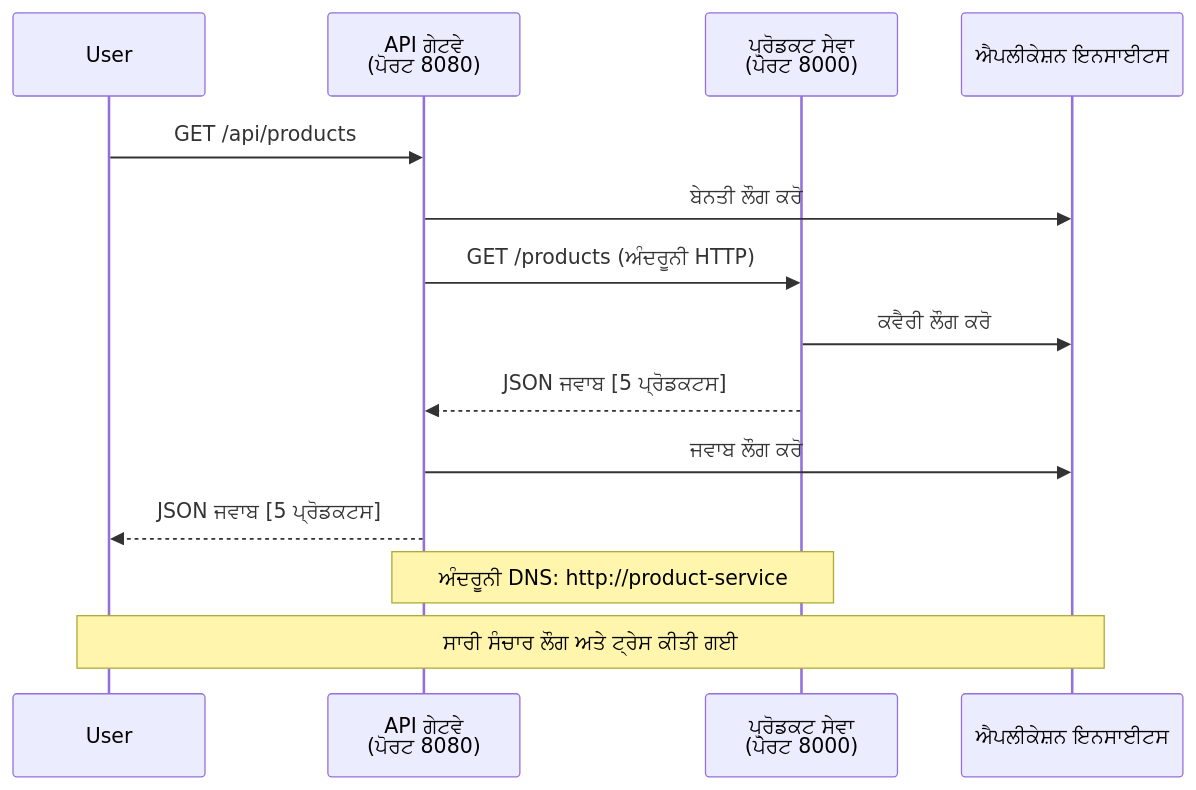
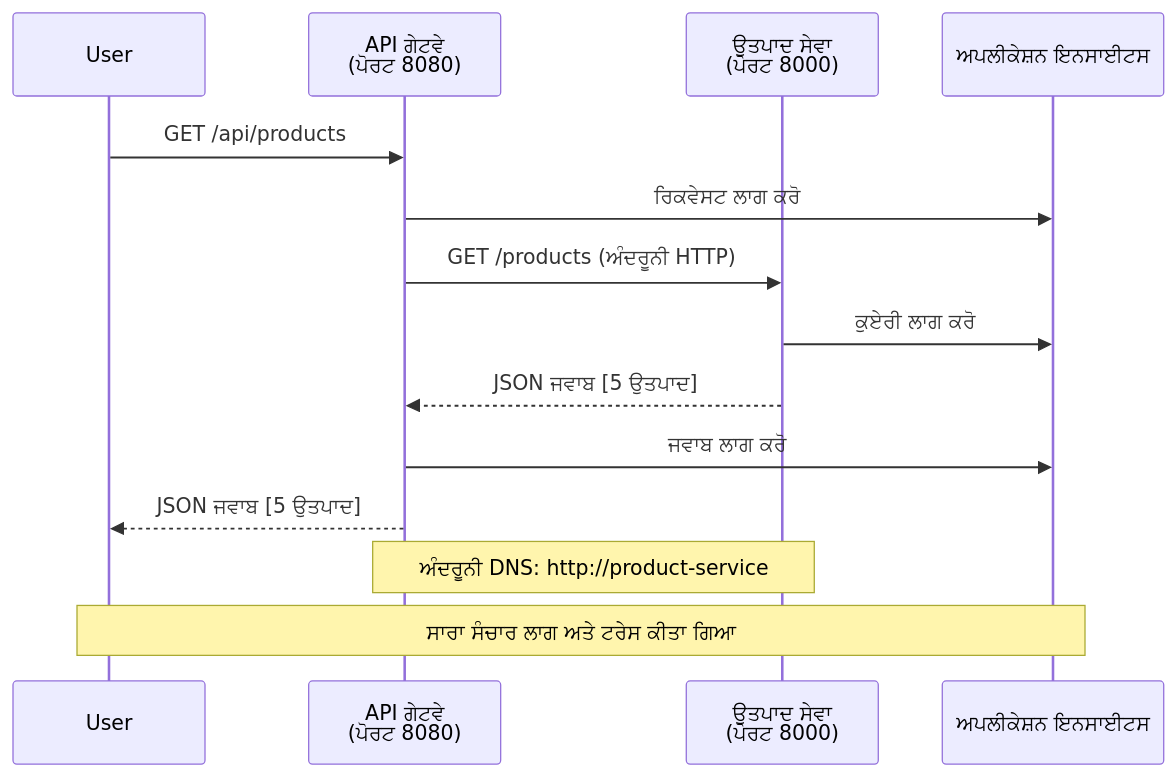
The fourth of 4 diagrams in translations/pa/examples/microservices/README.md (microsoft/AZD-for-beginners), drawn with Mermaid before and after one commit. The commit also changed other lines of this file and 354 other files, not shown here.

````diff
--- a/translations/pa/examples/microservices/README.md
+++ b/translations/pa/examples/microservices/README.md
@@ -431,18 +423,18 @@
 ```mermaid
 sequenceDiagram
     participant User
     participant Gateway as API ਗੇਟਵੇ<br/>(ਪੋਰਟ 8080)
-    participant Product as ਪ੍ਰੋਡਕਟ ਸੇਵਾ<br/>(ਪੋਰਟ 8000)
-    participant AI as ਐਪਲੀਕੇਸ਼ਨ ਇਨਸਾਈਟਸ
+    participant Product as ਉਤਪਾਦ ਸੇਵਾ<br/>(ਪੋਰਟ 8000)
+    participant AI as ਅਪਲੀਕੇਸ਼ਨ ਇਨਸਾਈਟਸ
     
     User->>Gateway: GET /api/products
-    Gateway->>AI: ਬੇਨਤੀ ਲੌਗ ਕਰੋ
+    Gateway->>AI: ਰਿਕਵੇਸਟ ਲਾਗ ਕਰੋ
     Gateway->>Product: GET /products (ਅੰਦਰੂਨੀ HTTP)
-    Product->>AI: ਕਵੈਰੀ ਲੌਗ ਕਰੋ
-    Product-->>Gateway: JSON ਜਵਾਬ [5 ਪ੍ਰੋਡਕਟਸ]
-    Gateway->>AI: ਜਵਾਬ ਲੌਗ ਕਰੋ
-    Gateway-->>User: JSON ਜਵਾਬ [5 ਪ੍ਰੋਡਕਟਸ]
+    Product->>AI: ਕੁਏਰੀ ਲਾਗ ਕਰੋ
+    Product-->>Gateway: JSON ਜਵਾਬ [5 ਉਤਪਾਦ]
+    Gateway->>AI: ਜਵਾਬ ਲਾਗ ਕਰੋ
+    Gateway-->>User: JSON ਜਵਾਬ [5 ਉਤਪਾਦ]
     
     Note over Gateway,Product: ਅੰਦਰੂਨੀ DNS: http://product-service
-    Note over User,AI: ਸਾਰੀ ਸੰਚਾਰ ਲੌਗ ਅਤੇ ਟ੍ਰੇਸ ਕੀਤੀ ਗਈ
+    Note over User,AI: ਸਾਰਾ ਸੰਚਾਰ ਲਾਗ ਅਤੇ ਟਰੇਸ ਕੀਤਾ ਗਿਆ
 ```
````
